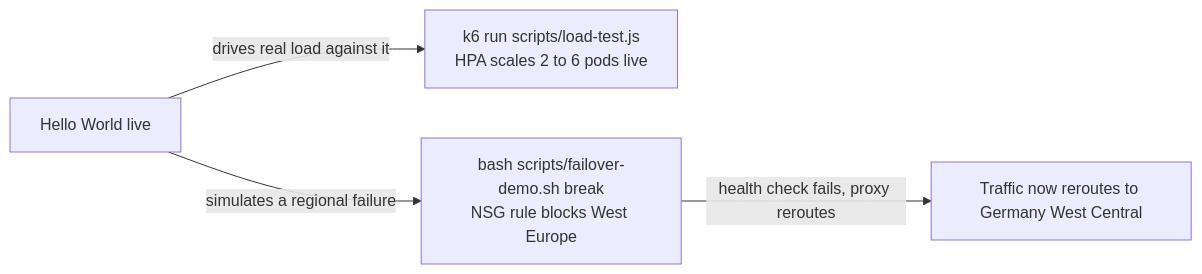
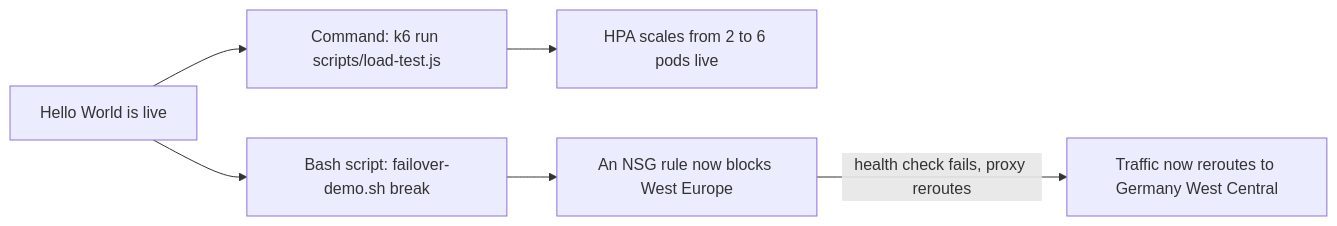
The fourth of 4 diagrams in README.md (Dennis4507/cloud-native-ha-platform), drawn with Mermaid before and after one commit. The commit also changed other lines of this file, not shown here.

````diff
--- a/README.md
+++ b/README.md
@@ -71,6 +84,8 @@
 ```mermaid
 flowchart LR
-    IN4["Hello World live"] -->|drives real load against it| CMD6a["k6 run scripts/load-test.js<br/>HPA scales 2 to 6 pods live"]
-    IN4 -->|simulates a regional failure| CMD6b["bash scripts/failover-demo.sh break<br/>NSG rule blocks West Europe"]
-    CMD6b -->|health check fails, proxy reroutes| OUT7["Traffic now reroutes to Germany West Central"]
+    IN4["Hello World is live"] --> CMD6a["Command: k6 run scripts/load-test.js"]
+    CMD6a --> OUT6a["HPA scales from 2 to 6 pods live"]
+    IN4 --> CMD6b["Bash script: failover-demo.sh break"]
+    CMD6b --> OUT6b["An NSG rule now blocks West Europe"]
+    OUT6b -->|health check fails, proxy reroutes| OUT7["Traffic now reroutes to Germany West Central"]
 ```
````
